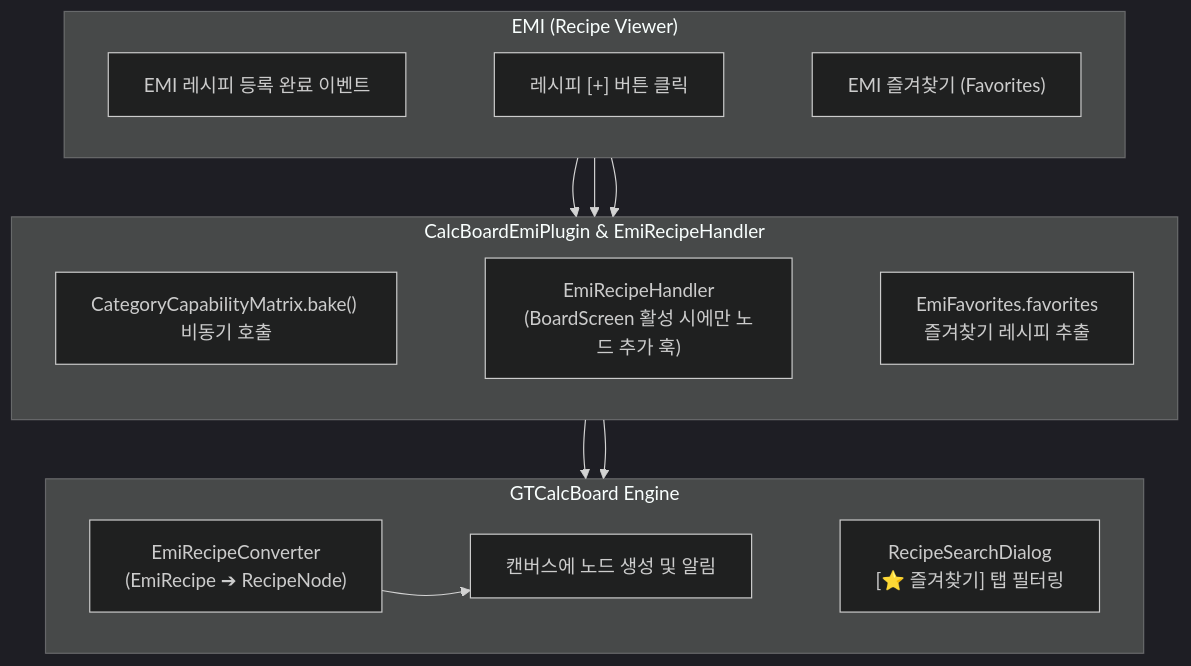
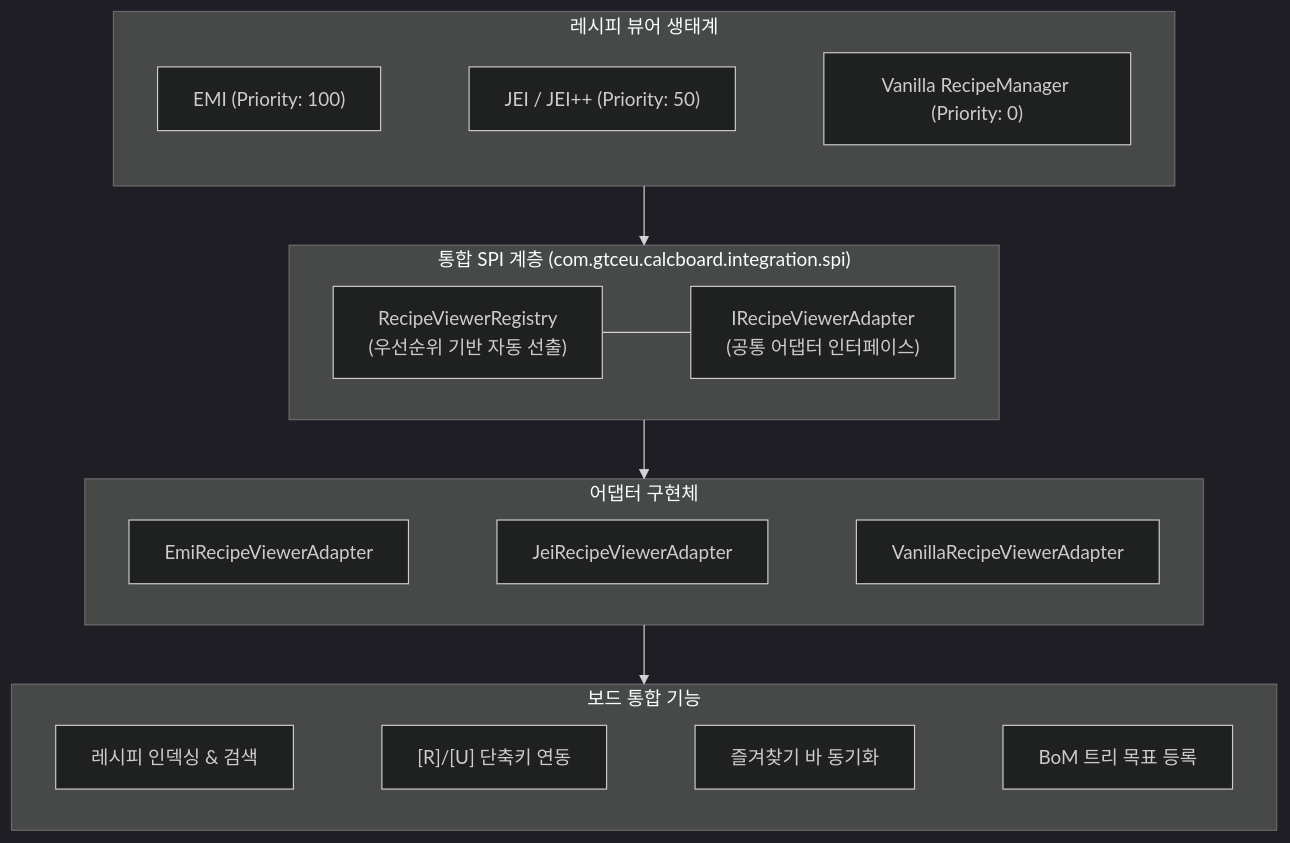
The first of 2 diagrams in docs/ko_kr/spec/05_INTEGRATION_AND_I18N.md (Amvermain/GregTechCalculatorBoard), drawn with Mermaid (dark theme) before and after one commit. The commit also changed other lines of this file and 273 other files, not shown here.

````diff
--- a/docs/ko_kr/spec/05_INTEGRATION_AND_I18N.md
+++ b/docs/ko_kr/spec/05_INTEGRATION_AND_I18N.md
@@ -12,21 +12,24 @@
 ```mermaid
 flowchart TB
-    subgraph EMI["EMI (Recipe Viewer)"]
+    subgraph Viewers["레시피 뷰어 생태계"]
         direction LR
-        REG["EMI 레시피 등록 완료 이벤트"] ~~~ PLUS["레시피 [+] 버튼 클릭"] ~~~ FAV["EMI 즐겨찾기 (Favorites)"]
+        EMI["EMI (Priority: 100)"] ~~~ JEI["JEI / JEI++ (Priority: 50)"] ~~~ VAN["Vanilla RecipeManager (Priority: 0)"]
     end
 
-    subgraph Plugin["CalcBoardEmiPlugin & EmiRecipeHandler"]
+    subgraph SPI["통합 SPI 계층 (com.gtceu.calcboard.integration.spi)"]
         direction LR
-        BAKE_TRIGGER["CategoryCapabilityMatrix.bake() 비동기 호출"] ~~~ HOOK["EmiRecipeHandler<br/>(BoardScreen 활성 시에만 노드 추가 훅)"] ~~~ FAV_LOAD["EmiFavorites.favorites<br/>즐겨찾기 레시피 추출"]
+        RVR["RecipeViewerRegistry<br/>(우선순위 기반 자동 선출)"] --- IVA["IRecipeViewerAdapter<br/>(공통 어댑터 인터페이스)"]
     end
 
-    subgraph Board["GTCalcBoard Engine"]
+    subgraph Adapters["어댑터 구현체"]
         direction LR
-        CONVERT["EmiRecipeConverter<br/>(EmiRecipe ➔ RecipeNode)"] ~~~ SPAWN["캔버스에 노드 생성 및 알림"] ~~~ SEARCH_UI["RecipeSearchDialog<br/>[⭐ 즐겨찾기] 탭 필터링"]
+        E_AD["EmiRecipeViewerAdapter"] ~~~ J_AD["JeiRecipeViewerAdapter"] ~~~ V_AD["VanillaRecipeViewerAdapter"]
     end
 
-    REG --> BAKE_TRIGGER
-    PLUS --> HOOK --> CONVERT --> SPAWN
-    FAV --> FAV_LOAD --> SEARCH_UI
+    subgraph Features["보드 통합 기능"]
+        direction LR
+        SRCH["레시피 인덱싱 & 검색"] ~~~ HOV["[R]/[U] 단축키 연동"] ~~~ FAV_B["즐겨찾기 바 동기화"] ~~~ BOM_T["BoM 트리 목표 등록"]
+    end
+
+    Viewers --> SPI --> Adapters --> Features
 ```
````
